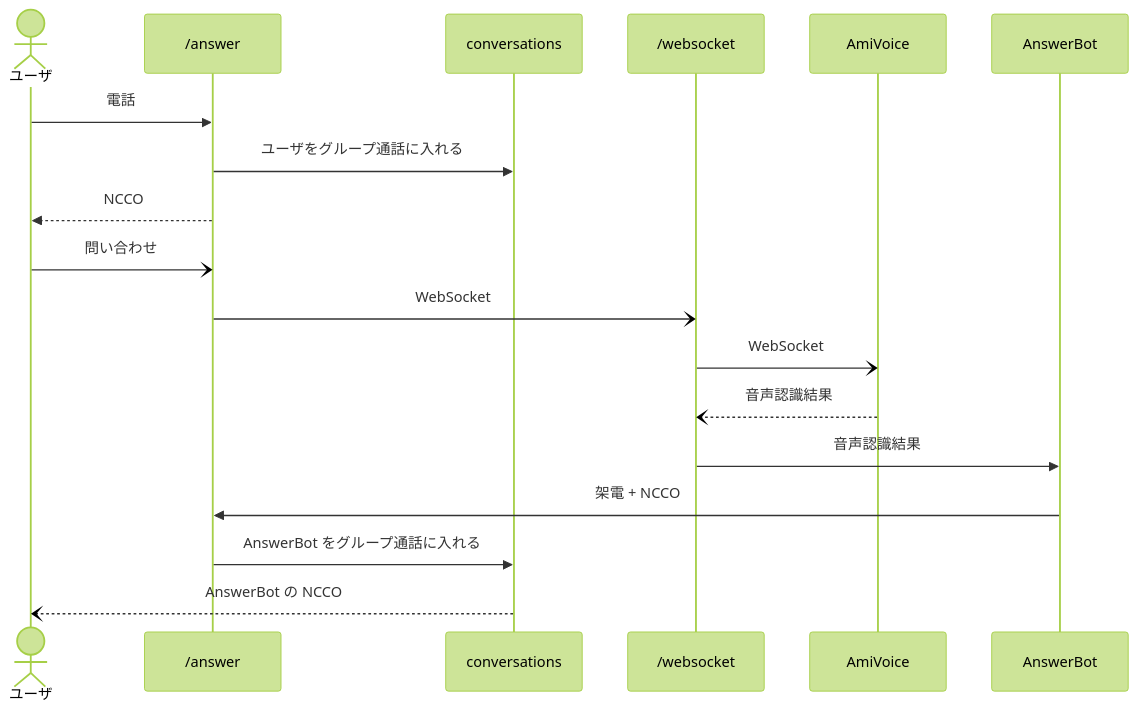
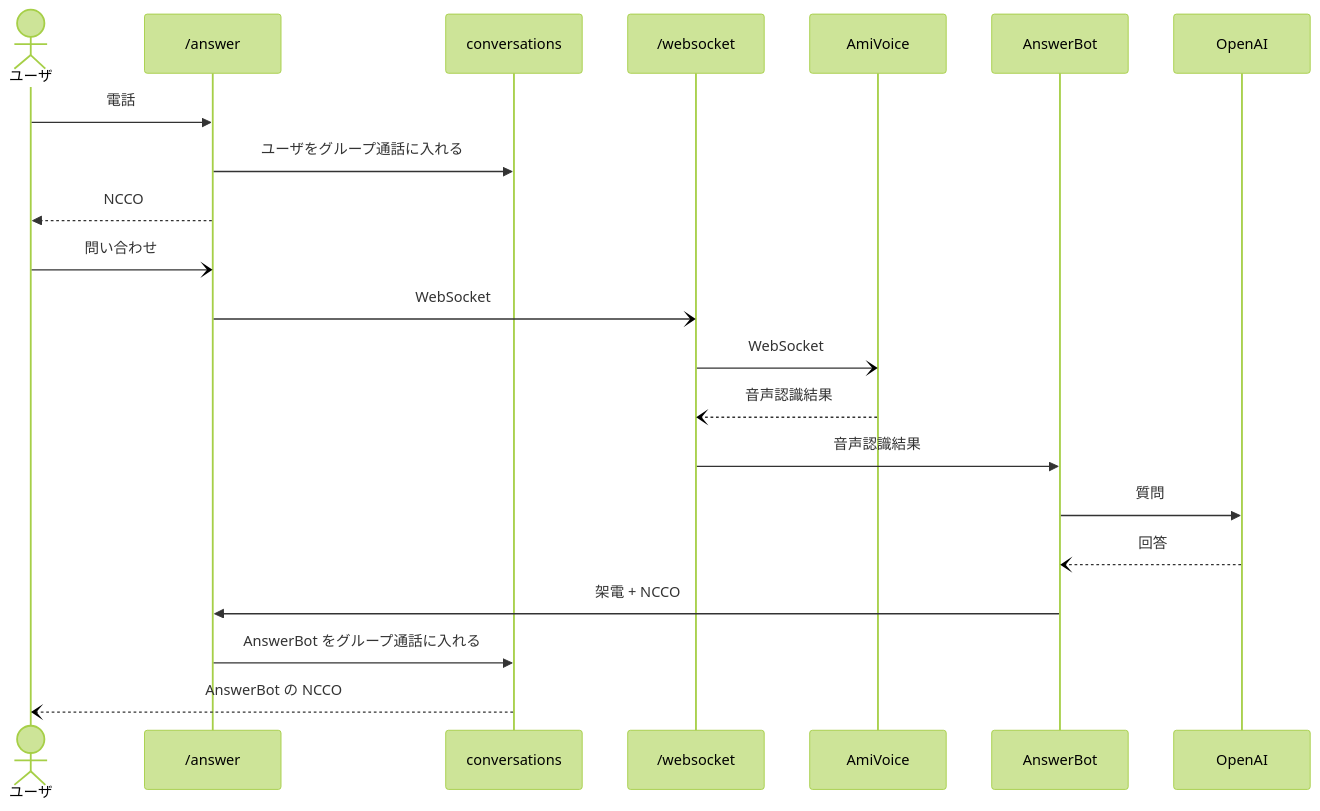
The diagram in README.md (mobilebiz/websocket-amivoice), drawn with Mermaid (forest theme) before and after one commit.

Commit message:
README.mdを更新

````diff
--- a/README.md
+++ b/README.md
@@ -7,21 +7,24 @@
 ```mermaid
 sequenceDiagram
   actor user as ユーザ
   participant answer as /answer
   participant con as conversations
   participant websocket as /websocket
   participant amivoice as AmiVoice
   participant bot as AnswerBot
+  participant ai as OpenAI
 
   user->>answer: 電話
   answer->>con: ユーザをグループ通話に入れる
   answer-->>user: NCCO
   user-)answer: 問い合わせ
   answer-)websocket: WebSocket
   websocket-)amivoice: WebSocket
   amivoice--)websocket: 音声認識結果
   websocket->>bot: 音声認識結果
+  bot->>ai: 質問
+  ai--)bot: 回答
   bot->>answer: 架電 + NCCO
   answer->>con: AnswerBot をグループ通話に入れる
   con--)user: AnswerBot の NCCO
 ```
````
